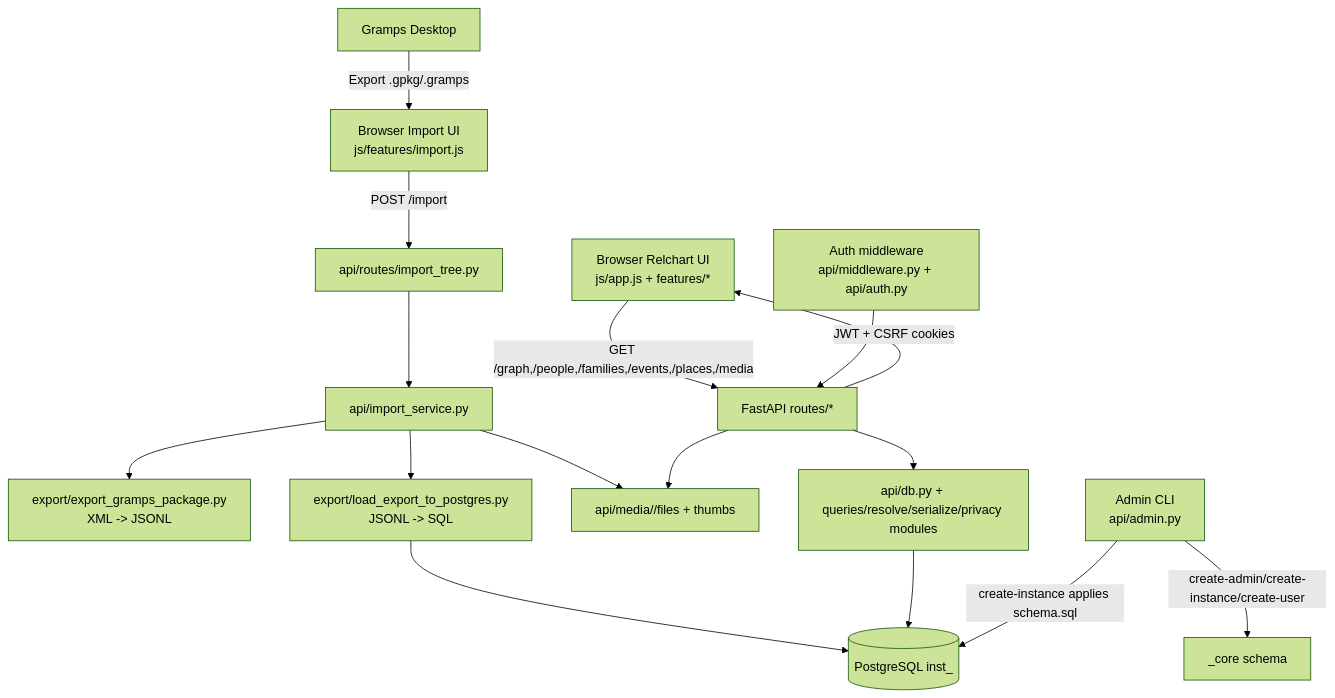
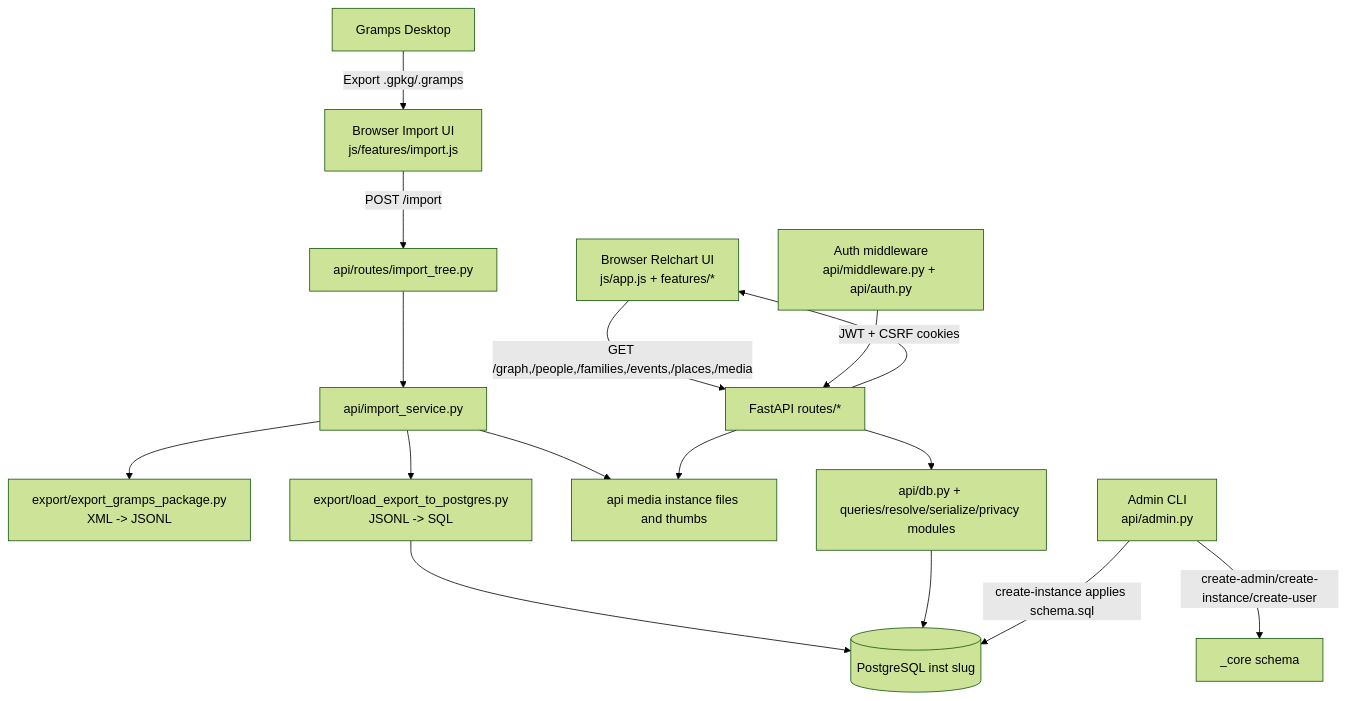
The second of 2 diagrams in docs/architecture/SYSTEM_SCRIPT_FLOW_GRAPH.md (TaliesinDS/tree), drawn with Mermaid (forest theme) before and after one commit. The commit also changed other lines of this file, not shown here.

First line of the commit message:
Clarify flowchart labels in docs

````diff
--- a/docs/architecture/SYSTEM_SCRIPT_FLOW_GRAPH.md
+++ b/docs/architecture/SYSTEM_SCRIPT_FLOW_GRAPH.md
@@ -292,21 +292,21 @@
 ```mermaid
 flowchart TD
   A[Gramps Desktop] -->|Export .gpkg/.gramps| B[Browser Import UI\njs/features/import.js]
   B -->|POST /import| C[api/routes/import_tree.py]
   C --> D[api/import_service.py]
   D --> E[export/export_gramps_package.py\nXML -> JSONL]
   D --> F[export/load_export_to_postgres.py\nJSONL -> SQL]
-  D --> G[api/media/<instance>/files + thumbs]
-  F --> H[(PostgreSQL inst_<slug>)]
+  D --> G[api media instance files and thumbs]
+  F --> H[(PostgreSQL inst slug)]
 
   I[Browser Relchart UI\njs/app.js + features/*] -->|GET /graph,/people,/families,/events,/places,/media| J[FastAPI routes/*]
   J --> K[api/db.py + queries/resolve/serialize/privacy modules]
   K --> H
   J --> G
 
   L[Admin CLI\napi/admin.py] -->|create-admin/create-instance/create-user| M[_core schema]
   L -->|create-instance applies schema.sql| H
 
   N[Auth middleware\napi/middleware.py + api/auth.py] --> J
   J -->|JWT + CSRF cookies| I
 ```
````
